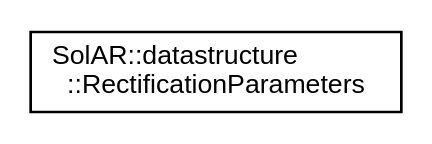
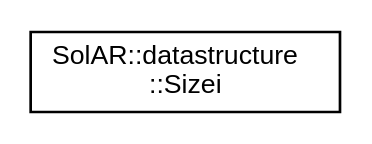
Before and after one commit to SolarFramework/solarframework.github.io: the diagram in api_documentation/inherit_graph_28.dot, drawn with Graphviz. The commit also changed 66 other files, not shown here.

```diff
--- a/api_documentation/inherit_graph_28.dot
+++ b/api_documentation/inherit_graph_28.dot
@@ -1,8 +1,8 @@
 digraph "Graphical Class Hierarchy"
 {
  // LATEX_PDF_SIZE
   edge [fontname="Helvetica",fontsize="10",labelfontname="Helvetica",labelfontsize="10"];
   node [fontname="Helvetica",fontsize="10",shape=record];
   rankdir="LR";
-  Node0 [label="SolAR::datastructure\l::RectificationParameters",height=0.2,width=0.4,color="black", fillcolor="white", style="filled",URL="$struct_sol_a_r_1_1datastructure_1_1_rectification_parameters.html",tooltip=" "];
+  Node0 [label="SolAR::datastructure\l::Sizei",height=0.2,width=0.4,color="black", fillcolor="white", style="filled",URL="$struct_sol_a_r_1_1datastructure_1_1_sizei.html",tooltip="A 2D size defined with integers."];
 }
```
